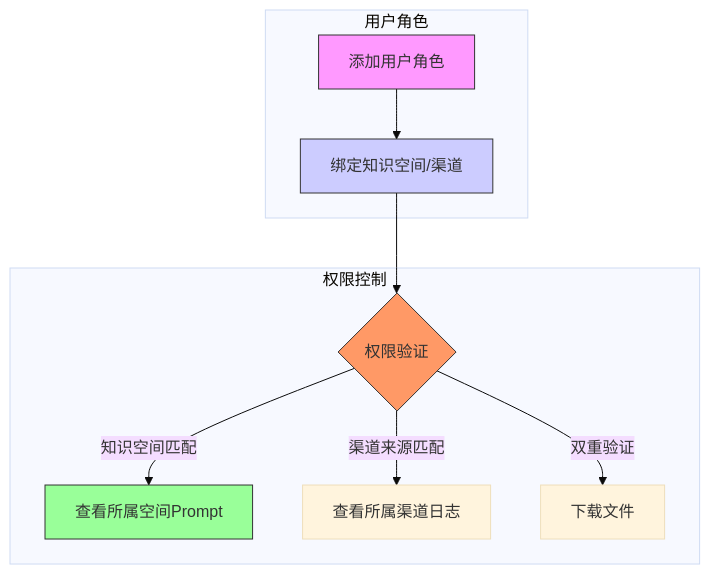
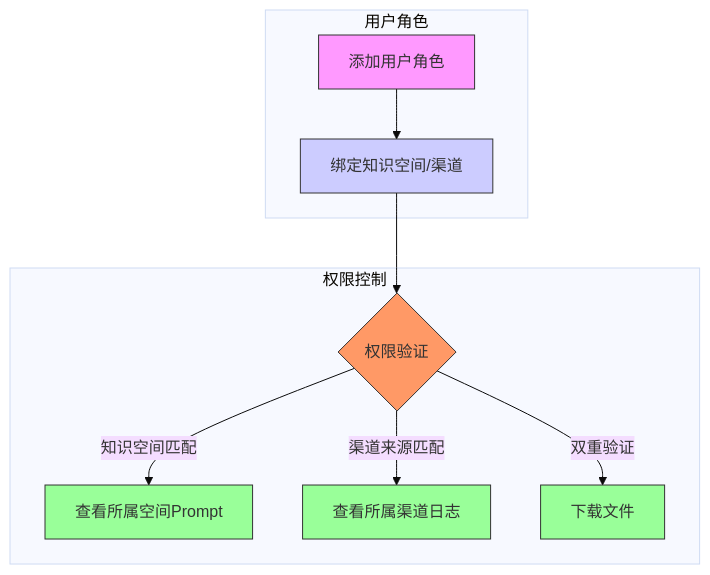
Before and after one commit to funnyData/iodraw-files: the diagram in all/未命名-2.md, drawn with Mermaid (base theme).

Commit message:
2025-03-11 19:21:47 update

````diff
--- a/all/未命名-2.md
+++ b/all/未命名-2.md
@@ -1,18 +1,20 @@
 ```mermaid
 flowchart TD
     subgraph 用户角色
         A[添加用户角色] --> B[绑定知识空间/渠道]
     end
 
     subgraph 权限控制
         B --> F{权限验证}
         F -->|知识空间匹配| C[查看所属空间Prompt]
         F -->|渠道来源匹配| D[查看所属渠道日志]
         F -->|双重验证| E[下载文件]
     end
 
     style A fill:#f9f,stroke:#333
     style B fill:#ccf,stroke:#333
     style F fill:#f96,stroke:#333
     style C fill:#9f9,stroke:#333
+    style D fill:#9f9,stroke:#333
+    style E fill:#9f9,stroke:#333
 ```
````
